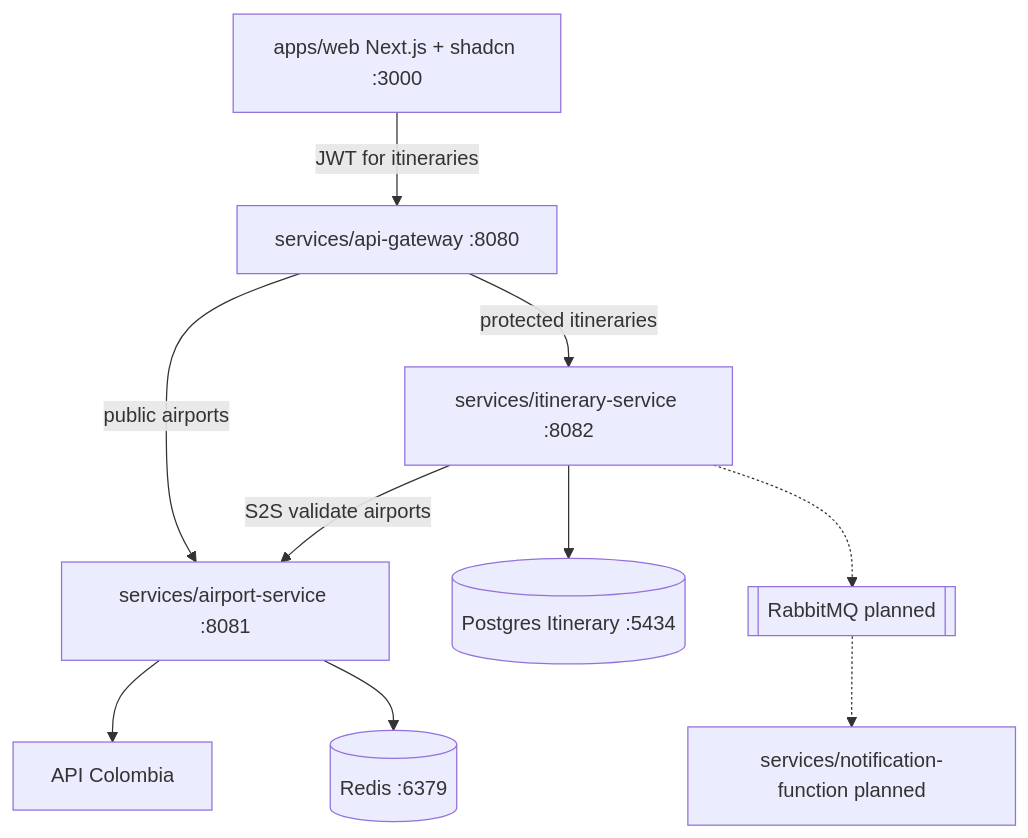
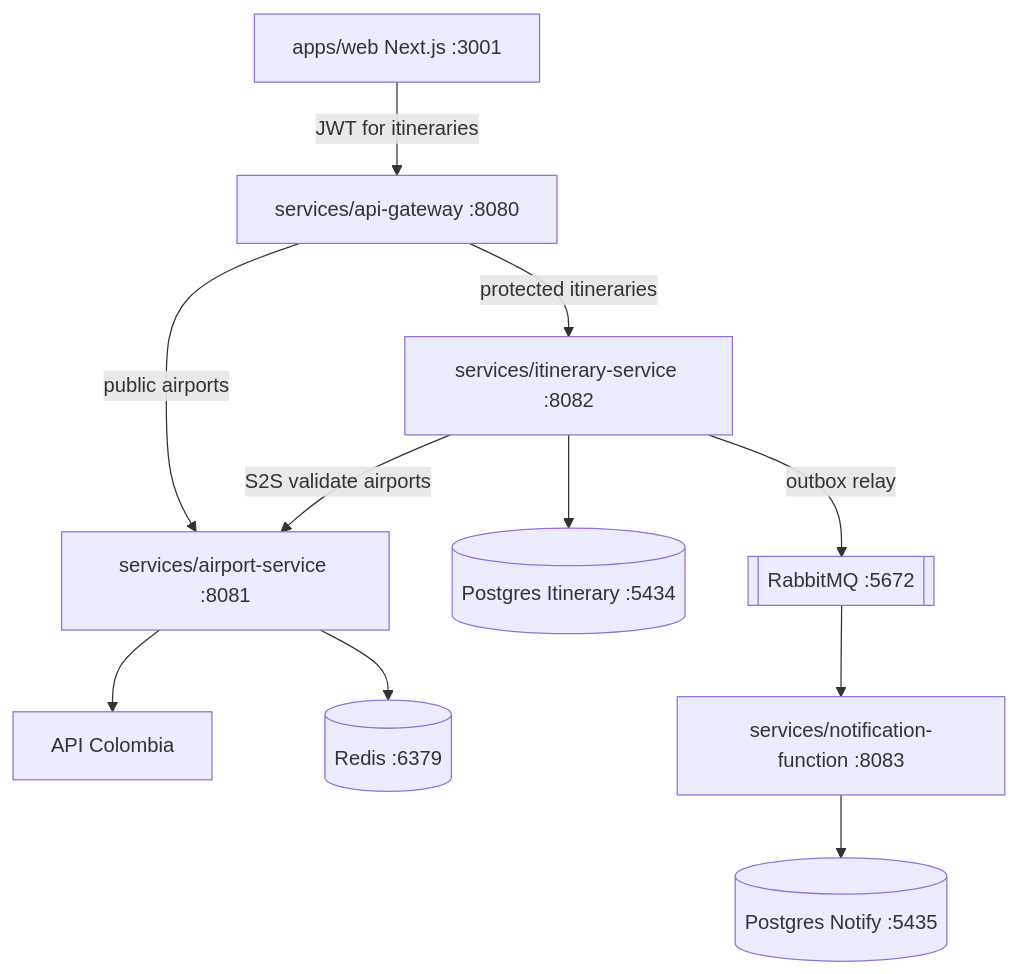
Before and after one commit to bue221/proyecto-arquitectura-software-emergente: the diagram in docs/03-diagrams/components.md, drawn with Mermaid. The commit also changed other lines of this file and 39 other files, not shown here.

First line of the commit message:
feat(events): Level 2 RabbitMQ outbox relay and notification FaaS

````diff
--- a/docs/03-diagrams/components.md
+++ b/docs/03-diagrams/components.md
@@ -3,22 +3,24 @@
 ```mermaid
 flowchart TB
-  WEB[apps/web Next.js + shadcn :3000]
+  WEB[apps/web Next.js :3001]
   GW[services/api-gateway :8080]
   AIR[services/airport-service :8081]
   ITI[services/itinerary-service :8082]
-  NF[services/notification-function planned]
+  NF[services/notification-function :8083]
   PG2[(Postgres Itinerary :5434)]
+  PG3[(Postgres Notify :5435)]
   REDIS[(Redis :6379)]
-  RMQ[[RabbitMQ planned]]
+  RMQ[[RabbitMQ :5672]]
   COL[API Colombia]
 
   WEB -->|JWT for itineraries| GW
   GW -->|public airports| AIR
   GW -->|protected itineraries| ITI
   ITI -->|S2S validate airports| AIR
   AIR --> COL
   AIR --> REDIS
   ITI --> PG2
-  ITI -.-> RMQ
-  RMQ -.-> NF
+  ITI -->|outbox relay| RMQ
+  RMQ --> NF
+  NF --> PG3
 ```
````
